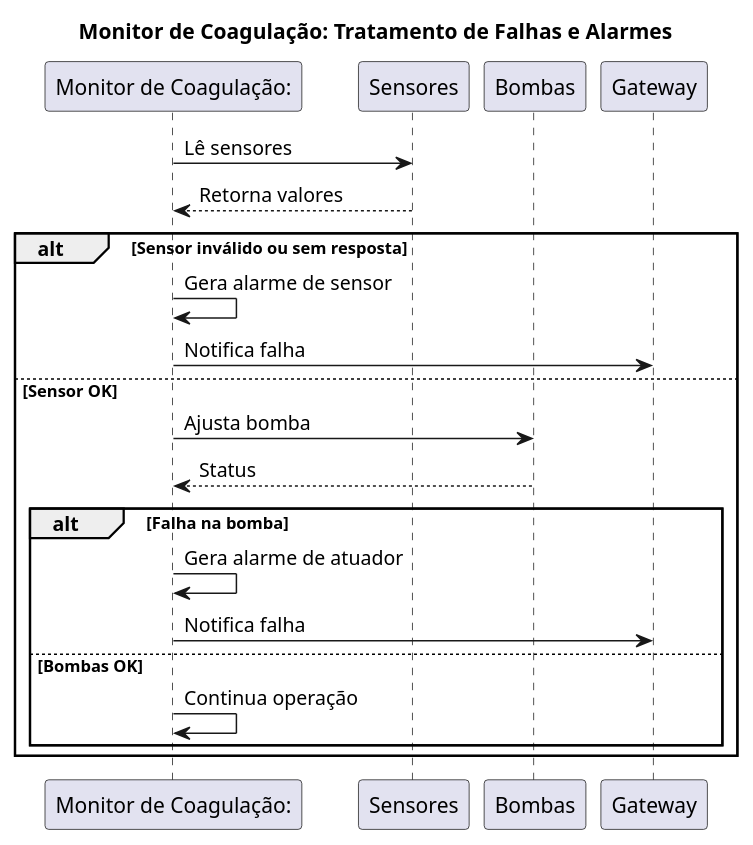
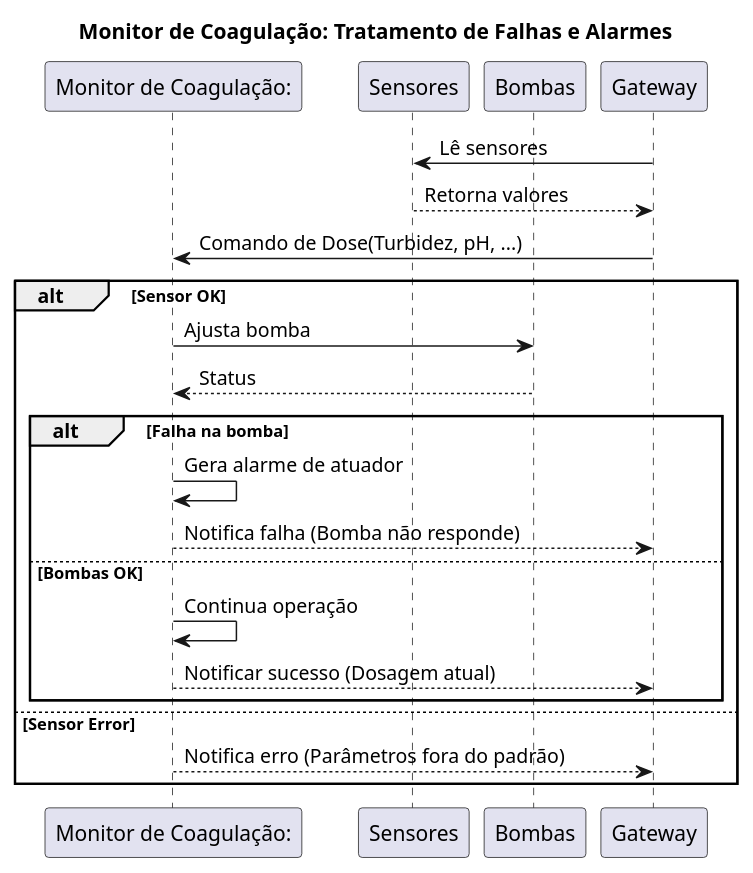
One commit to Monique-HidroSolo/plantuml changed the diagram in Documentação Monitor/Alarmes.puml. Above: the diagram before and after it, drawn with PlantUML. The commit also changed 9 other files, not shown here.

Commit message:
Atualização dos Diagramas Monitor

```diff
--- a/Documentação Monitor/Alarmes.puml
+++ b/Documentação Monitor/Alarmes.puml
@@ -1,27 +1,29 @@
 @startuml
 title Monitor de Coagulação: Tratamento de Falhas e Alarmes
 
 participant "Monitor de Coagulação:" as MC
 participant Sensores as S
 participant "Bombas" as B
 participant Gateway as GW
 
-MC -> S: Lê sensores
-S --> MC: Retorna valores
+GW -> S: Lê sensores
+S --> GW: Retorna valores
 
-alt Sensor inválido ou sem resposta
-    MC -> MC: Gera alarme de sensor
-    MC -> GW: Notifica falha
-else Sensor OK
+GW -> MC: Comando de Dose(Turbidez, pH, ...)
+
+alt Sensor OK
     MC -> B: Ajusta bomba
     B --> MC: Status
 
     alt Falha na bomba
         MC -> MC: Gera alarme de atuador
-        MC -> GW: Notifica falha
+        MC --> GW: Notifica falha (Bomba não responde)
     else Bombas OK
         MC -> MC: Continua operação
+        MC --> GW: Notificar sucesso (Dosagem atual)
     end
+else Sensor Error
+    MC --> GW: Notifica erro (Parâmetros fora do padrão)
 end
 
 @enduml
```
